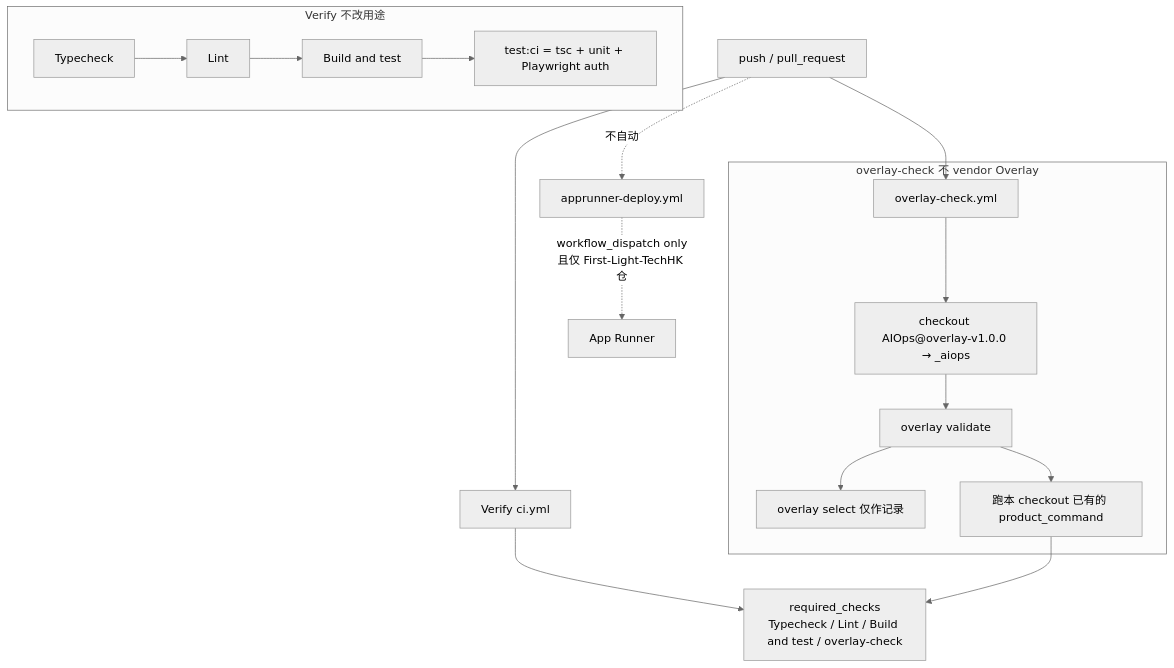
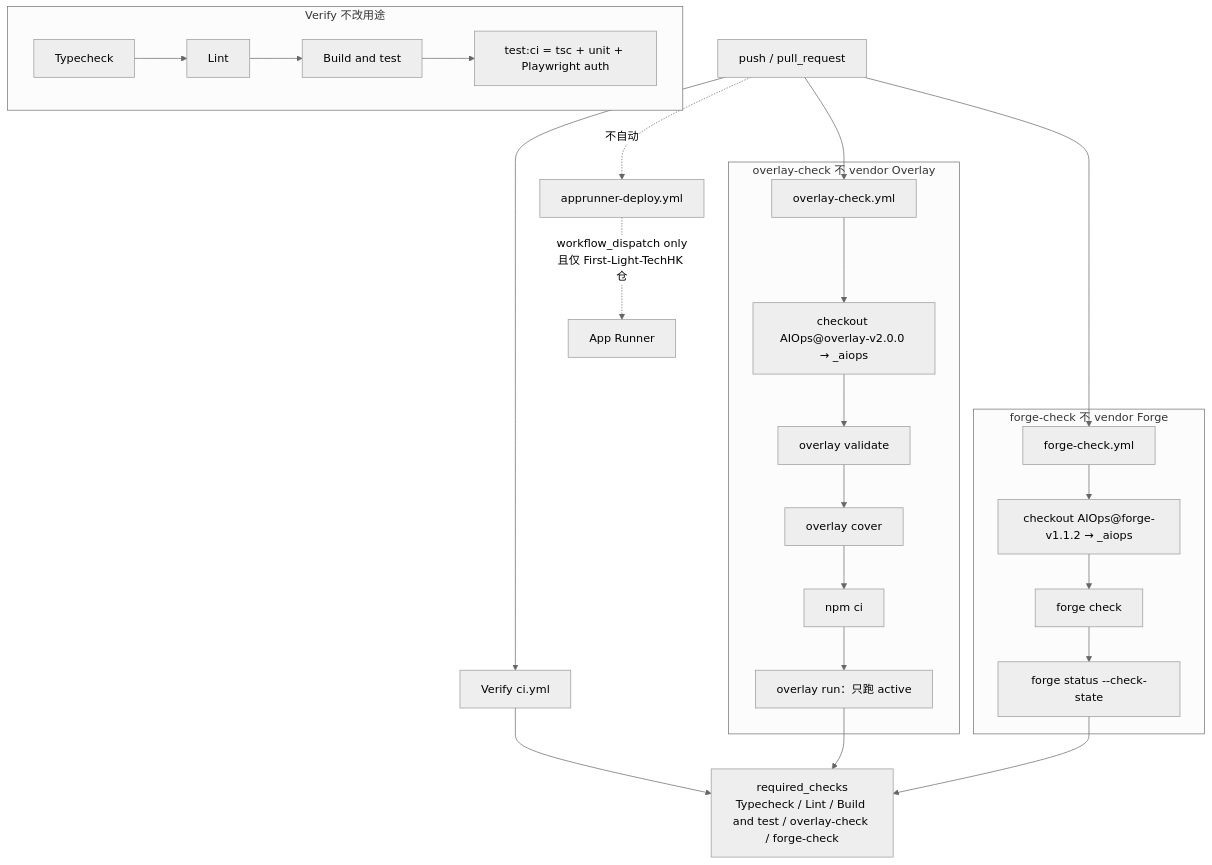
The second of 3 diagrams in docs/phase1/overlay-forge-brief.md (LibertychaserUS/LearningGuidePortal), drawn with Mermaid (neutral theme) before and after one commit. The commit also changed other lines of this file and 8 other files, not shown here.

Commit message:
docs: Learning Guide entry docs, skills and issue register for Overlay 2.0.0 / Forge 1.1.2 (dev/main, active|blocked)

````diff
--- a/docs/phase1/overlay-forge-brief.md
+++ b/docs/phase1/overlay-forge-brief.md
@@ -114,24 +118,33 @@
 ```mermaid
 flowchart TD
     push["push / pull_request"] --> verify["Verify  ci.yml"]
     push --> overlayJob["overlay-check.yml"]
+    push --> forgeJob["forge-check.yml"]
 
     subgraph verifyJobs["Verify 不改用途"]
         tc["Typecheck"] --> lint["Lint"]
         lint --> build["Build and test"]
         build --> testci["test:ci = tsc + unit + Playwright auth"]
     end
 
     subgraph overlayJobs["overlay-check 不 vendor Overlay"]
-        overlayJob --> checkoutTool["checkout AIOps@overlay-v1.0.0 → _aiops"]
-        checkoutTool --> v["overlay validate"]
-        v --> s["overlay select 仅作记录"]
-        v --> runExisting["跑本 checkout 已有的 product_command"]
+        overlayJob --> checkoutOverlay["checkout AIOps@overlay-v2.0.0 → _aiops"]
+        checkoutOverlay --> ov["overlay validate"]
+        ov --> oc["overlay cover"]
+        oc --> npmci["npm ci"]
+        npmci --> orun["overlay run：只跑 active"]
     end
 
-    verify --> gate["required_checks\nTypecheck / Lint / Build and test / overlay-check"]
-    runExisting --> gate
+    subgraph forgeJobs["forge-check 不 vendor Forge"]
+        forgeJob --> checkoutForge["checkout AIOps@forge-v1.1.2 → _aiops"]
+        checkoutForge --> fcheck["forge check"]
+        fcheck --> fstate["forge status --check-state"]
+    end
+
+    verify --> gate["required_checks\nTypecheck / Lint / Build and test / overlay-check / forge-check"]
+    orun --> gate
+    fstate --> gate
 
     deploy["apprunner-deploy.yml"] -.->|"workflow_dispatch only\n且仅 First-Light-TechHK 仓"| prod["App Runner"]
     push -.->|"不自动"| deploy
 ```
````
